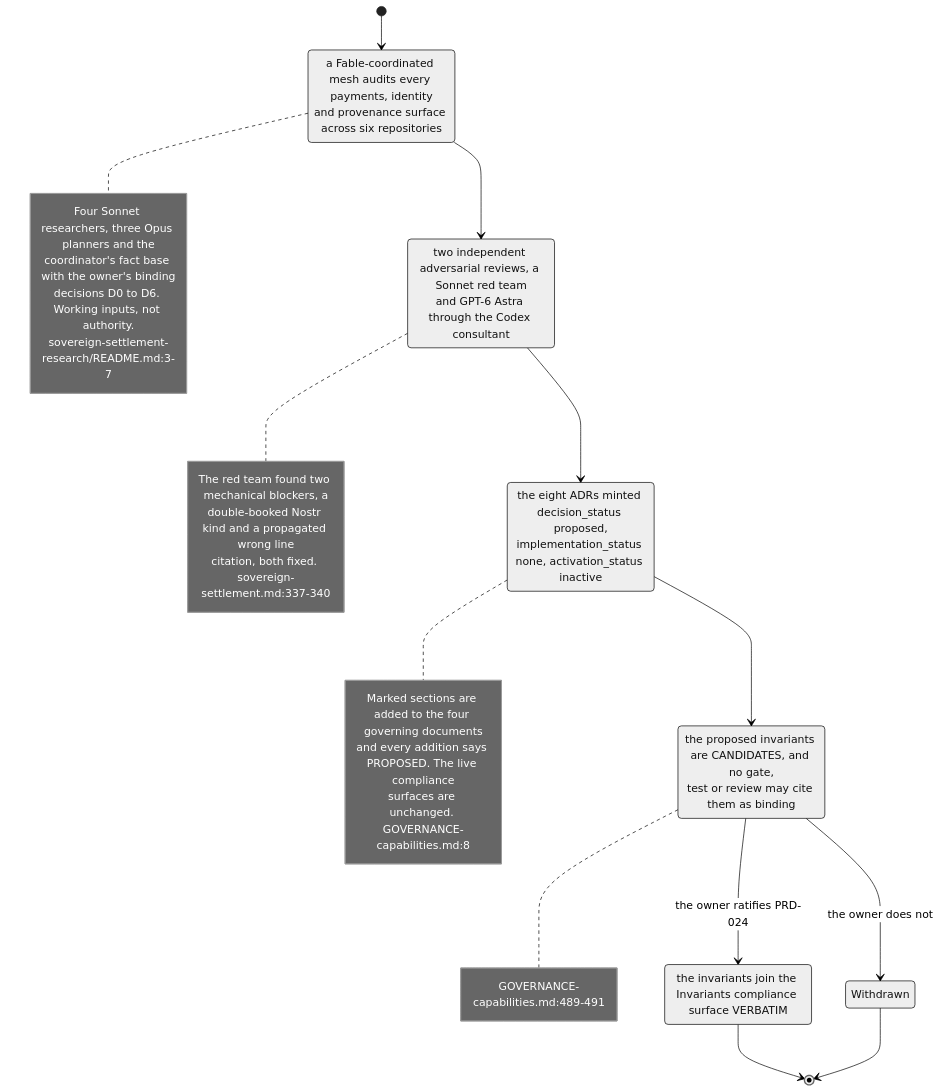
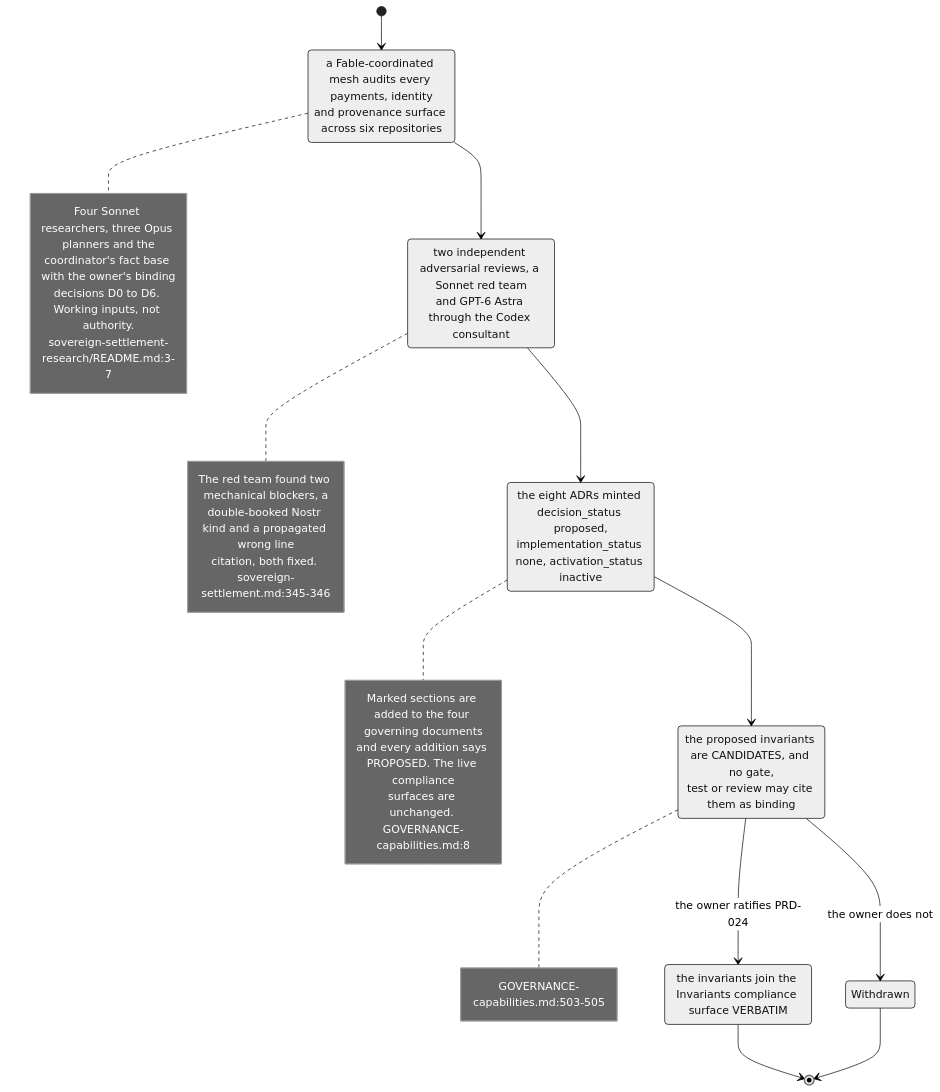
The second of 7 diagrams in docs/diagrams/agentbox/31-sovereign-settlement.md (DreamLab-AI/VisionFlow), drawn with Mermaid (neutral theme) before and after one commit. The commit also changed other lines of this file and 136 other files, not shown here.

First line of the commit message:
docs(diagrams): refresh the whole corpus to code HEAD and prune low-value diagrams

````diff
--- a/docs/diagrams/agentbox/31-sovereign-settlement.md
+++ b/docs/diagrams/agentbox/31-sovereign-settlement.md
@@ -146,35 +92,35 @@
 ```mermaid
 stateDiagram-v2
     [*] --> Researched
     Researched: a Fable-coordinated mesh audits every payments, identity<br/>and provenance surface across six repositories
     note right of Researched
         Four Sonnet researchers, three Opus planners and the
         coordinator's fact base with the owner's binding
         decisions D0 to D6. Working inputs, not authority.
         sovereign-settlement-research/README.md:3-7
     end note
     Researched --> Reviewed
     Reviewed: two independent adversarial reviews, a Sonnet red team<br/>and GPT-6 Astra through the Codex consultant
     note right of Reviewed
         The red team found two mechanical blockers, a
         double-booked Nostr kind and a propagated wrong line
-        citation, both fixed. sovereign-settlement.md:337-340
+        citation, both fixed. sovereign-settlement.md:345-346
     end note
     Reviewed --> Proposed
     Proposed: the eight ADRs minted decision_status proposed,<br/>implementation_status none, activation_status inactive
     note right of Proposed
         Marked sections are added to the four governing documents
         and every addition says PROPOSED. The live compliance
         surfaces are unchanged. GOVERNANCE-capabilities.md:8
     end note
     Proposed --> Candidate
     Candidate: the proposed invariants are CANDIDATES, and no gate,<br/>test or review may cite them as binding
     note right of Candidate
-        GOVERNANCE-capabilities.md:489-491
+        GOVERNANCE-capabilities.md:503-505
     end note
     Candidate --> Ratified : the owner ratifies PRD-024
     Candidate --> Withdrawn : the owner does not
     Ratified: the invariants join the Invariants compliance surface VERBATIM
     Ratified --> [*]
     Withdrawn --> [*]
 ```
````
